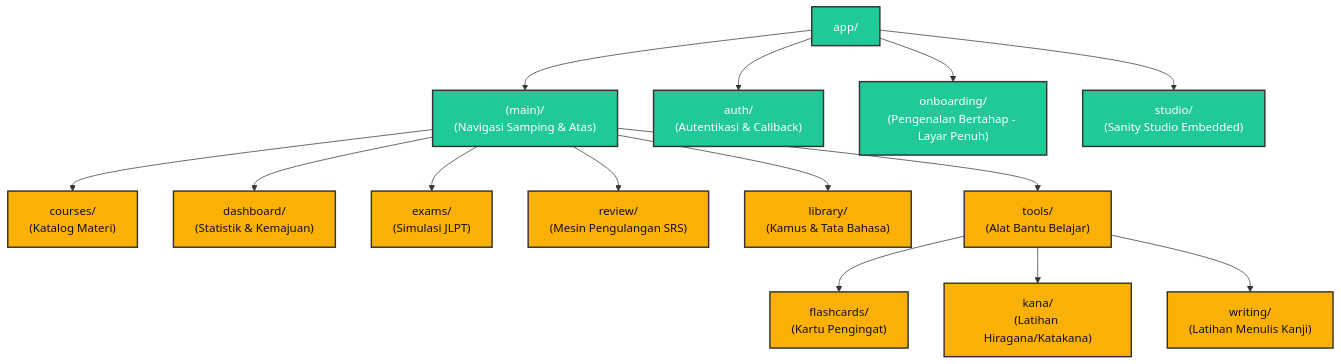
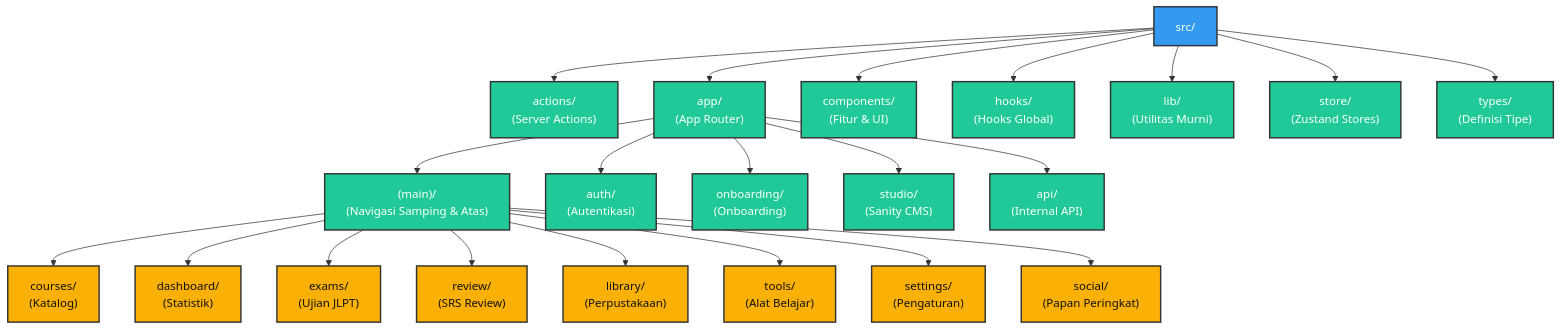
The fourth of 4 diagrams in architecture_visual.md (zan-118/nihongoroute), drawn with Mermaid before and after one commit. The commit also changed other lines of this file and 99 other files, not shown here.

````diff
--- a/architecture_visual.md
+++ b/architecture_visual.md
@@ -139,25 +139,34 @@
 ```mermaid
 graph TD
-    Root["app/"] --> Main["(main)/<br/>(Navigasi Samping & Atas)"]
-    Root --> Auth["auth/<br/>(Autentikasi & Callback)"]
-    Root --> Onboarding["onboarding/<br/>(Pengenalan Bertahap - Layar Penuh)"]
-    Root --> Studio["studio/<br/>(Sanity Studio Embedded)"]
+    Root["src/"] --> Actions["actions/<br/>(Server Actions)"]
+    Root --> App["app/<br/>(App Router)"]
+    Root --> Components["components/<br/>(Fitur & UI)"]
+    Root --> Hooks["hooks/<br/>(Hooks Global)"]
+    Root --> Lib["lib/<br/>(Utilitas Murni)"]
+    Root --> Store["store/<br/>(Zustand Stores)"]
+    Root --> Types["types/<br/>(Definisi Tipe)"]
 
-    Main --> Courses["courses/<br/>(Katalog Materi)"]
-    Main --> Dashboard["dashboard/<br/>(Statistik & Kemajuan)"]
-    Main --> Exams["exams/<br/>(Simulasi JLPT)"]
-    Main --> Review["review/<br/>(Mesin Pengulangan SRS)"]
-    Main --> Library["library/<br/>(Kamus & Tata Bahasa)"]
-    Main --> Tools["tools/<br/>(Alat Bantu Belajar)"]
+    App --> Main["(main)/<br/>(Navigasi Samping & Atas)"]
+    App --> Auth["auth/<br/>(Autentikasi)"]
+    App --> Onboarding["onboarding/<br/>(Onboarding)"]
+    App --> Studio["studio/<br/>(Sanity CMS)"]
+    App --> API["api/<br/>(Internal API)"]
 
-    Tools --> Flashcards["flashcards/<br/>(Kartu Pengingat)"]
-    Tools --> Kana["kana/<br/>(Latihan Hiragana/Katakana)"]
-    Tools --> Writing["writing/<br/>(Latihan Menulis Kanji)"]
+    Main --> Courses["courses/<br/>(Katalog)"]
+    Main --> Dashboard["dashboard/<br/>(Statistik)"]
+    Main --> Exams["exams/<br/>(Ujian JLPT)"]
+    Main --> Review["review/<br/>(SRS Review)"]
+    Main --> Library["library/<br/>(Perpustakaan)"]
+    Main --> Tools["tools/<br/>(Alat Belajar)"]
+    Main --> Settings["settings/<br/>(Pengaturan)"]
+    Main --> Social["social/<br/>(Papan Peringkat)"]
     
     %% Styling
+    classDef root fill:#339af0,stroke:#333,stroke-width:2px,color:#fff;
     classDef folder fill:#20c997,stroke:#333,stroke-width:2px,color:#fff;
     classDef subfolder fill:#fab005,stroke:#333,stroke-width:2px,color:#111;
     
-    class Root,Main,Auth,Onboarding,Studio folder;
-    class Courses,Dashboard,Exams,Review,Library,Tools,Flashcards,Kana,Writing subfolder;
+    class Root root;
+    class Actions,App,Components,Hooks,Lib,Store,Types,Main,Auth,Onboarding,Studio,API folder;
+    class Courses,Dashboard,Exams,Review,Library,Tools,Settings,Social subfolder;
 ```
````
